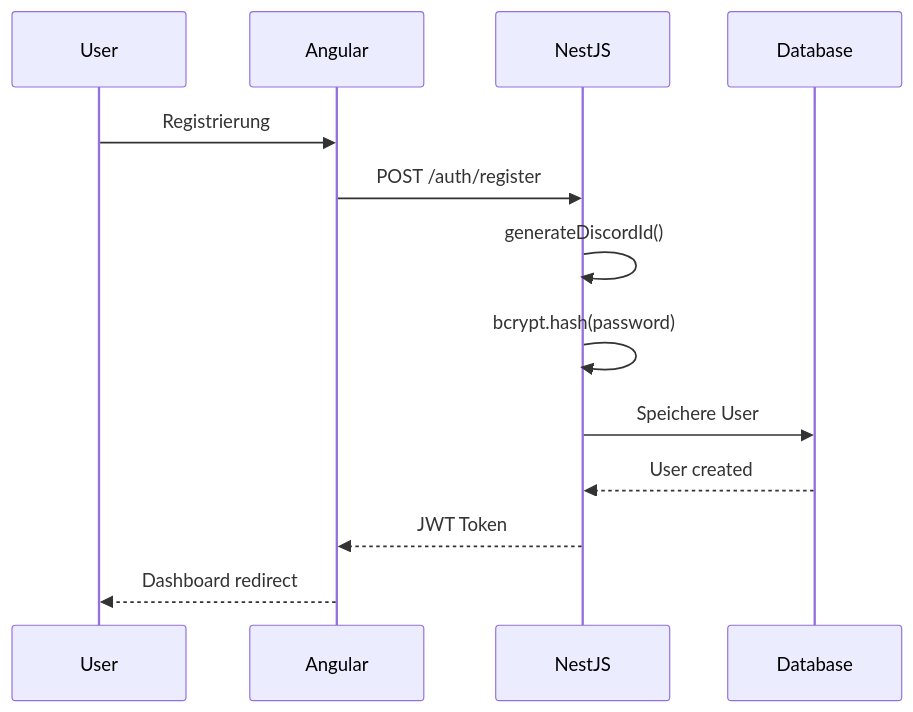
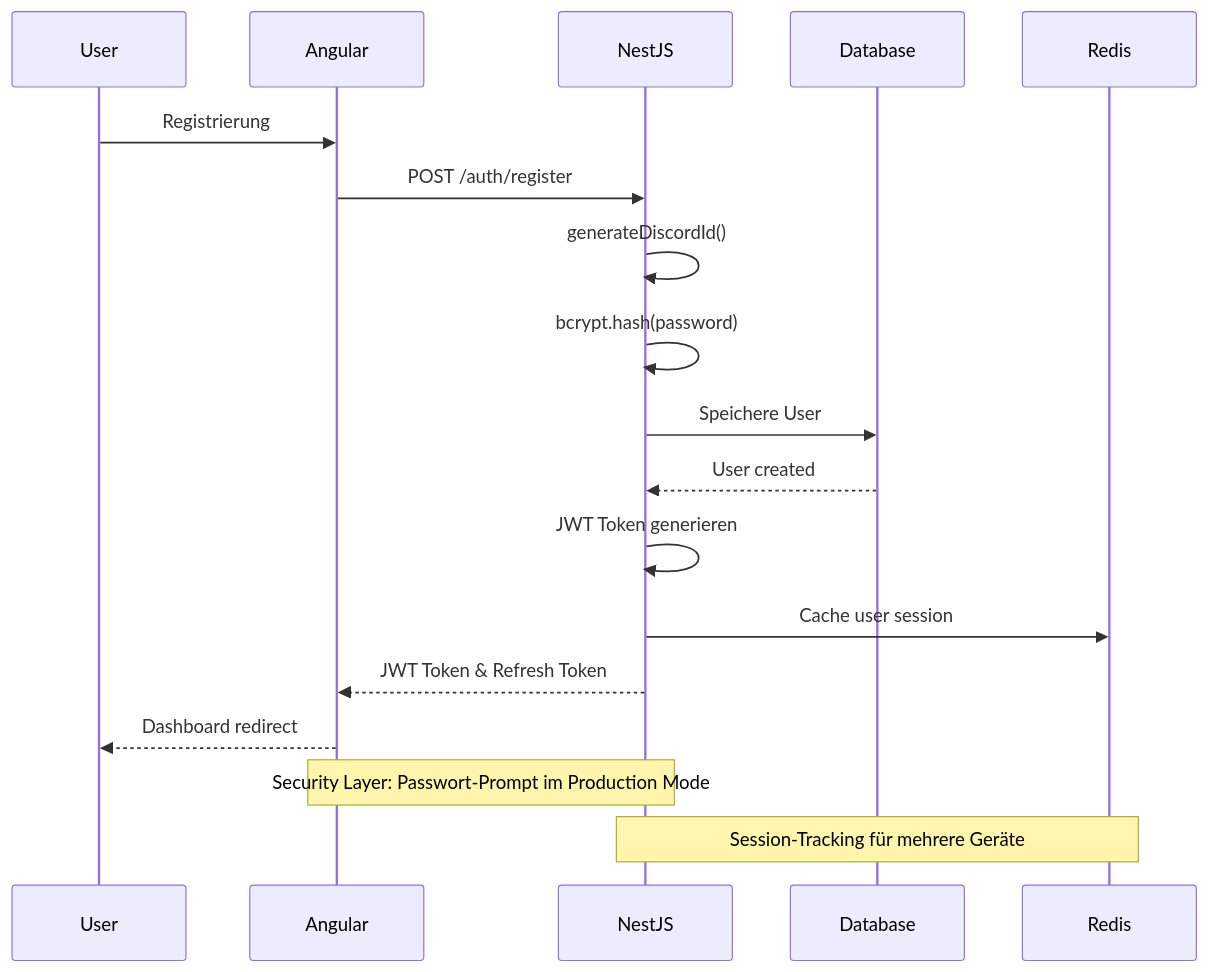
One commit to KevDef1010/Discordgym- changed the second of 4 diagrams in ARCHITECTURE-DIAGRAM.md. Above: the diagram before and after it, drawn with Mermaid. The commit also changed other lines of this file and 60 other files, not shown here.

First line of the commit message:
feat(architecture): Modernisierte Serverarchitektur und Deployment-Workflows

````diff
--- a/ARCHITECTURE-DIAGRAM.md
+++ b/ARCHITECTURE-DIAGRAM.md
@@ -48,16 +72,22 @@
 ```mermaid
 sequenceDiagram
     participant User
     participant Angular
     participant NestJS
     participant Database
+    participant Redis
     
     User->>Angular: Registrierung
     Angular->>NestJS: POST /auth/register
     NestJS->>NestJS: generateDiscordId()
     NestJS->>NestJS: bcrypt.hash(password)
     NestJS->>Database: Speichere User
     Database-->>NestJS: User created
-    NestJS-->>Angular: JWT Token
+    NestJS->>NestJS: JWT Token generieren
+    NestJS->>Redis: Cache user session
+    NestJS-->>Angular: JWT Token & Refresh Token
     Angular-->>User: Dashboard redirect
+    
+    Note over Angular,NestJS: Security Layer: Passwort-Prompt im Production Mode
+    Note over NestJS,Redis: Session-Tracking für mehrere Geräte
 ```
````
